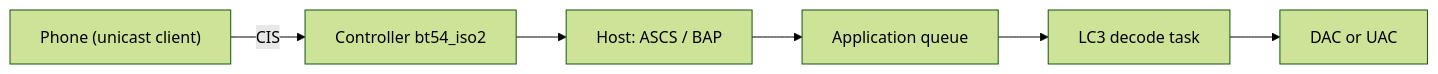
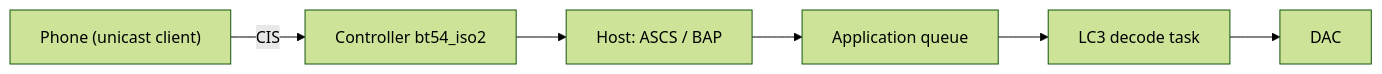
The second of 2 diagrams in docs/en/guides/audio.md (INTELPRO-INC/ipro-sdk-docs), drawn with Mermaid (forest theme) before and after one commit. The commit also changed other lines of this file and 182 other files, not shown here.

````diff
--- a/docs/en/guides/audio.md
+++ b/docs/en/guides/audio.md
@@ -146,8 +262,8 @@
 ```mermaid
 flowchart LR
   P["Phone (unicast client)"] -->|"CIS"| C["Controller bt54_iso2"]
   C --> H["Host: ASCS / BAP"]
   H --> Q["Application queue"]
   Q --> D["LC3 decode task"]
-  D --> O["DAC or UAC"]
+  D --> O["DAC"]
 ```
````
